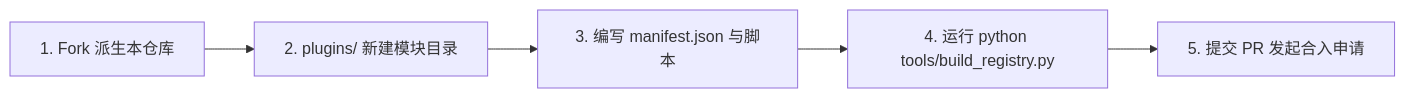
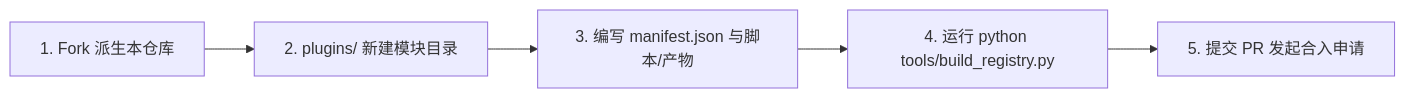
Before and after one commit to SuJiuOvO/Toolbox-Community-Registry: the diagram in README.md, drawn with Mermaid. The commit also changed other lines of this file and 23 other files, not shown here.

````diff
--- a/README.md
+++ b/README.md
@@ -84,7 +106,7 @@
 ```mermaid
 flowchart LR
     A["1. Fork 派生本仓库"] --> B["2. plugins/ 新建模块目录"]
-    B --> C["3. 编写 manifest.json 与脚本"]
+    B --> C["3. 编写 manifest.json 与脚本/产物"]
     C --> D["4. 运行 python tools/build_registry.py"]
     D --> E["5. 提交 PR 发起合入申请"]
 ```
````
